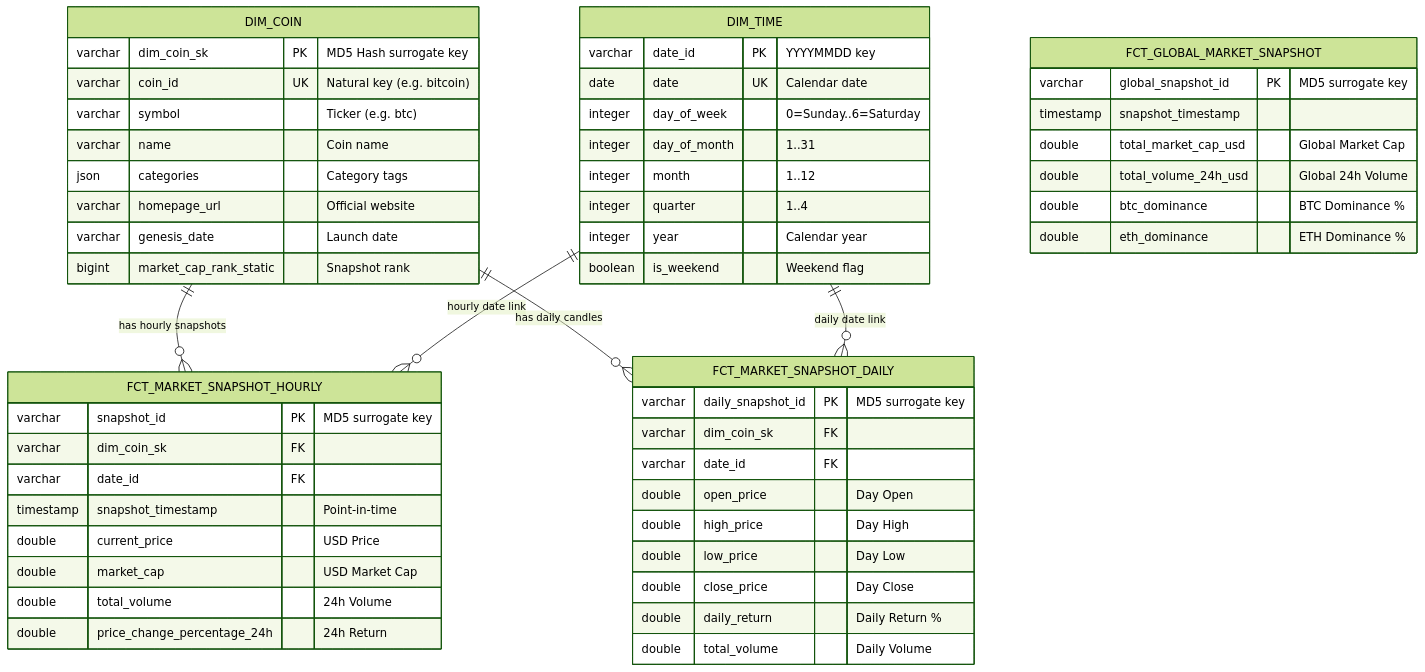
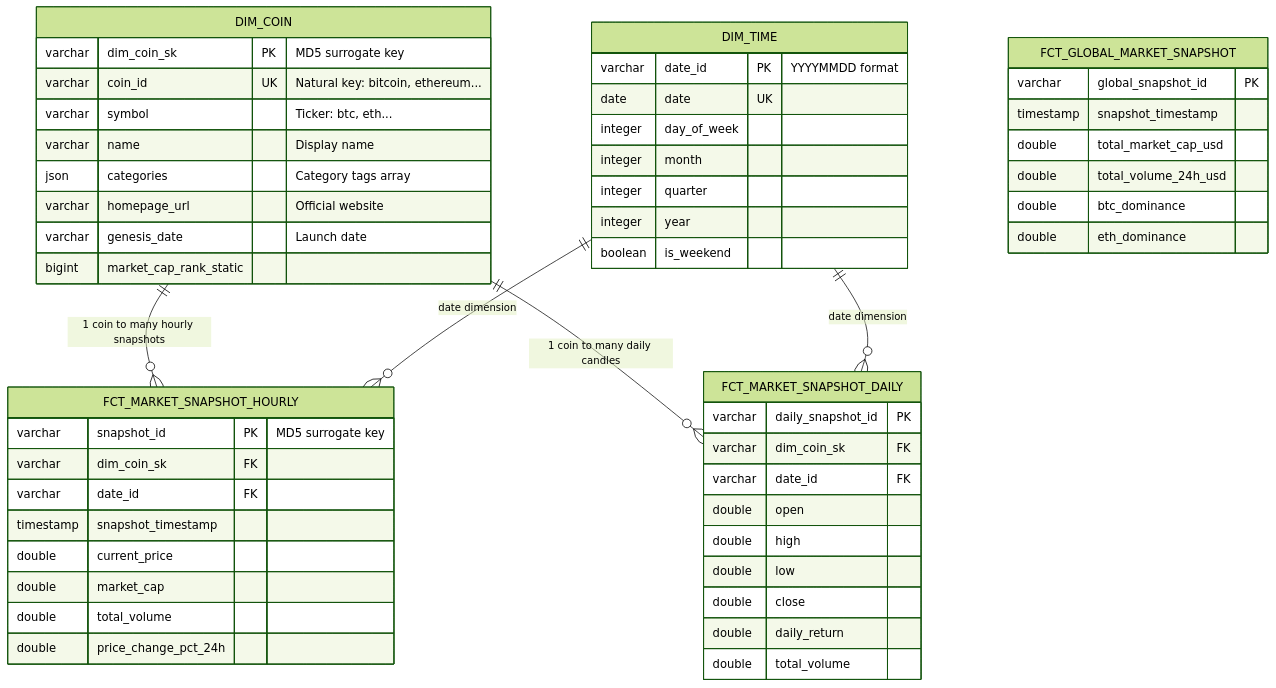
Before and after one commit to thanhtri271206/crypto-coin-pipeline: the diagram in README.md, drawn with Mermaid (forest theme). The commit also changed other lines of this file and 3 other files, not shown here.

Commit message:
docs: add comprehensive bilingual README (EN + VI) with architecture diagrams, tech rationale, and runbook

````diff
--- a/README.md
+++ b/README.md
@@ -171,61 +146,55 @@
 ```mermaid
 erDiagram
     DIM_COIN {
-        varchar dim_coin_sk PK "MD5 Hash surrogate key"
-        varchar coin_id UK "Natural key (e.g. bitcoin)"
-        varchar symbol "Ticker (e.g. btc)"
-        varchar name "Coin name"
-        json categories "Category tags"
+        varchar dim_coin_sk PK "MD5 surrogate key"
+        varchar coin_id UK   "Natural key: bitcoin, ethereum..."
+        varchar symbol       "Ticker: btc, eth..."
+        varchar name         "Display name"
+        json    categories   "Category tags array"
         varchar homepage_url "Official website"
         varchar genesis_date "Launch date"
-        bigint market_cap_rank_static "Snapshot rank"
+        bigint  market_cap_rank_static
     }
-
     DIM_TIME {
-        varchar date_id PK "YYYYMMDD key"
-        date date UK "Calendar date"
-        integer day_of_week "0=Sunday..6=Saturday"
-        integer day_of_month "1..31"
-        integer month "1..12"
-        integer quarter "1..4"
-        integer year "Calendar year"
-        boolean is_weekend "Weekend flag"
+        varchar date_id PK   "YYYYMMDD format"
+        date    date UK
+        integer day_of_week
+        integer month
+        integer quarter
+        integer year
+        boolean is_weekend
     }
-
     FCT_MARKET_SNAPSHOT_HOURLY {
-        varchar snapshot_id PK "MD5 surrogate key"
+        varchar snapshot_id PK   "MD5 surrogate key"
         varchar dim_coin_sk FK
         varchar date_id FK
-        timestamp snapshot_timestamp "Point-in-time"
-        double current_price "USD Price"
-        double market_cap "USD Market Cap"
-        double total_volume "24h Volume"
-        double price_change_percentage_24h "24h Return"
+        timestamp snapshot_timestamp
+        double  current_price
+        double  market_cap
+        double  total_volume
+        double  price_change_pct_24h
     }
-
     FCT_MARKET_SNAPSHOT_DAILY {
-        varchar daily_snapshot_id PK "MD5 surrogate key"
+        varchar daily_snapshot_id PK
         varchar dim_coin_sk FK
         varchar date_id FK
-        double open_price "Day Open"
-        double high_price "Day High"
-        double low_price "Day Low"
-        double close_price "Day Close"
-        double daily_return "Daily Return %"
-        double total_volume "Daily Volume"
+        double  open
+        double  high
+        double  low
+        double  close
+        double  daily_return
+        double  total_volume
     }
-
     FCT_GLOBAL_MARKET_SNAPSHOT {
-        varchar global_snapshot_id PK "MD5 surrogate key"
+        varchar global_snapshot_id PK
         timestamp snapshot_timestamp
-        double total_market_cap_usd "Global Market Cap"
-        double total_volume_24h_usd "Global 24h Volume"
-        double btc_dominance "BTC Dominance %"
-        double eth_dominance "ETH Dominance %"
+        double  total_market_cap_usd
+        double  total_volume_24h_usd
+        double  btc_dominance
+        double  eth_dominance
     }
-
-    DIM_COIN ||--o{ FCT_MARKET_SNAPSHOT_HOURLY : "has hourly snapshots"
-    DIM_TIME ||--o{ FCT_MARKET_SNAPSHOT_HOURLY : "hourly date link"
-    DIM_COIN ||--o{ FCT_MARKET_SNAPSHOT_DAILY : "has daily candles"
-    DIM_TIME ||--o{ FCT_MARKET_SNAPSHOT_DAILY : "daily date link"
+    DIM_COIN ||--o{ FCT_MARKET_SNAPSHOT_HOURLY : "1 coin to many hourly snapshots"
+    DIM_TIME ||--o{ FCT_MARKET_SNAPSHOT_HOURLY : "date dimension"
+    DIM_COIN ||--o{ FCT_MARKET_SNAPSHOT_DAILY  : "1 coin to many daily candles"
+    DIM_TIME ||--o{ FCT_MARKET_SNAPSHOT_DAILY  : "date dimension"
 ```
````
